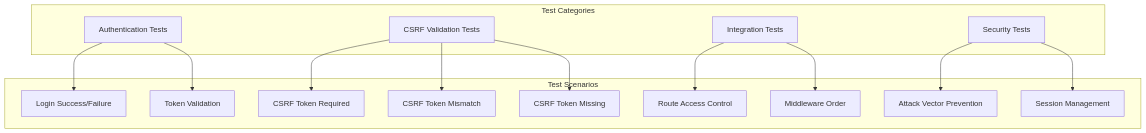
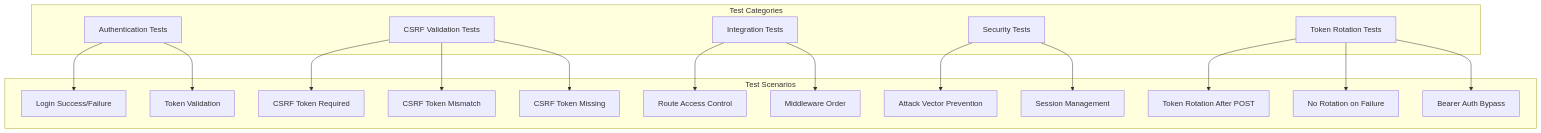
The seventh of 7 diagrams in .qoder/repowiki/en/content/Advanced Topics/Security Hardening/CSRF Protection Middleware.md (Revanththetalogics/aireume), drawn with Mermaid before and after one commit. The commit also changed other lines of this file and 33 other files, not shown here.

````diff
--- a/.qoder/repowiki/en/content/Advanced Topics/Security Hardening/CSRF Protection Middleware.md
+++ b/.qoder/repowiki/en/content/Advanced Topics/Security Hardening/CSRF Protection Middleware.md
@@ -297,29 +353,36 @@
 ```mermaid
 graph TB
 subgraph "Test Categories"
 A[Authentication Tests]
 B[CSRF Validation Tests]
 C[Integration Tests]
 D[Security Tests]
+E[Token Rotation Tests]
 end
 subgraph "Test Scenarios"
 A1[Login Success/Failure]
 A2[Token Validation]
 B1[CSRF Token Required]
 B2[CSRF Token Mismatch]
 B3[CSRF Token Missing]
 C1[Route Access Control]
 C2[Middleware Order]
 D1[Attack Vector Prevention]
 D2[Session Management]
+E1[Token Rotation After POST]
+E2[No Rotation on Failure]
+E3[Bearer Auth Bypass]
 end
 A --> A1
 A --> A2
 B --> B1
 B --> B2
 B --> B3
 C --> C1
 C --> C2
 D --> D1
 D --> D2
+E --> E1
+E --> E2
+E --> E3
 ```
````
